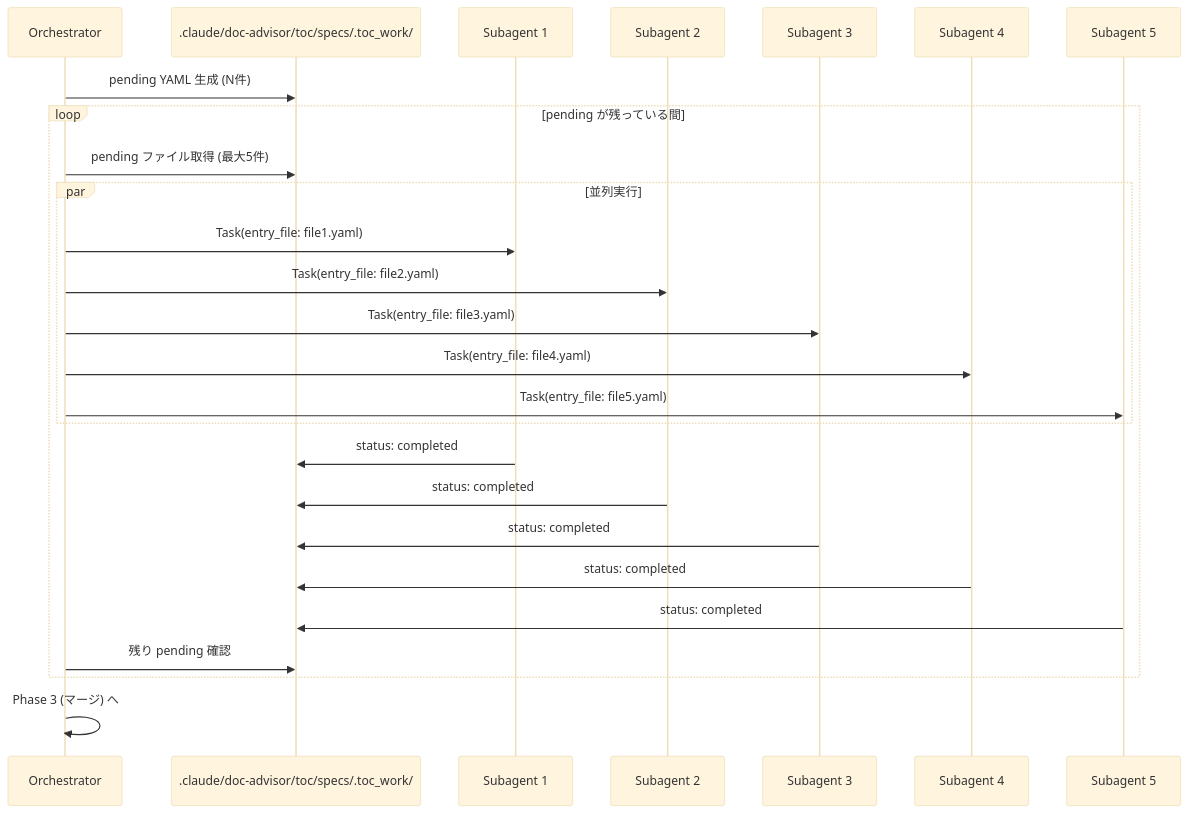
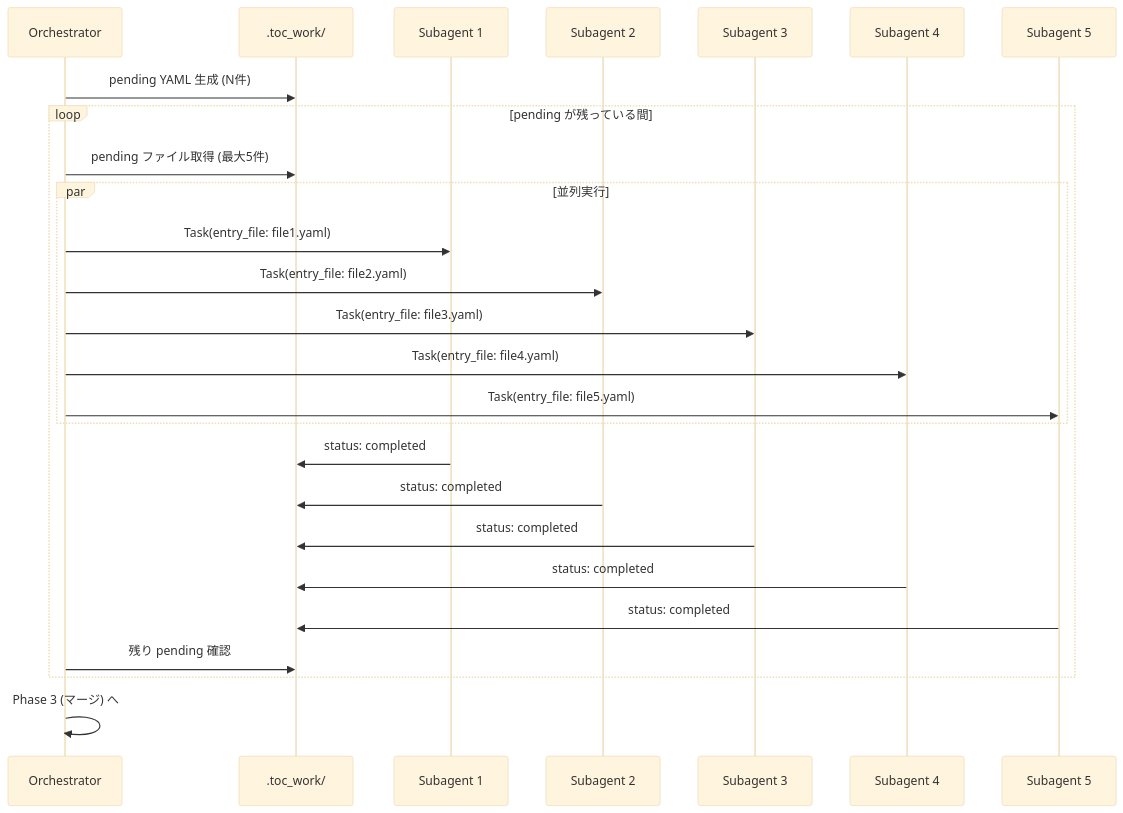
One commit to BlueEventHorizon/DocAdvisor-CC changed the seventh of 10 diagrams in specs/design/DES-005_toc_generation_flow.md. Above: the diagram before and after it, drawn with Mermaid (base theme). The commit also changed other lines of this file and 20 other files, not shown here.

````diff
--- a/specs/design/DES-005_toc_generation_flow.md
+++ b/specs/design/DES-005_toc_generation_flow.md
@@ -195,34 +285,34 @@
 ```mermaid
 sequenceDiagram
     participant O as Orchestrator
-    participant W as .claude/doc-advisor/toc/specs/.toc_work/
+    participant W as .toc_work/
     participant S1 as Subagent 1
     participant S2 as Subagent 2
     participant S3 as Subagent 3
     participant S4 as Subagent 4
     participant S5 as Subagent 5
 
     O->>W: pending YAML 生成 (N件)
 
     loop pending が残っている間
         O->>W: pending ファイル取得 (最大5件)
 
         par 並列実行
             O->>S1: Task(entry_file: file1.yaml)
             O->>S2: Task(entry_file: file2.yaml)
             O->>S3: Task(entry_file: file3.yaml)
             O->>S4: Task(entry_file: file4.yaml)
             O->>S5: Task(entry_file: file5.yaml)
         end
 
         S1->>W: status: completed
         S2->>W: status: completed
         S3->>W: status: completed
         S4->>W: status: completed
         S5->>W: status: completed
 
         O->>W: 残り pending 確認
     end
 
     O->>O: Phase 3 (マージ) へ
 ```
````
